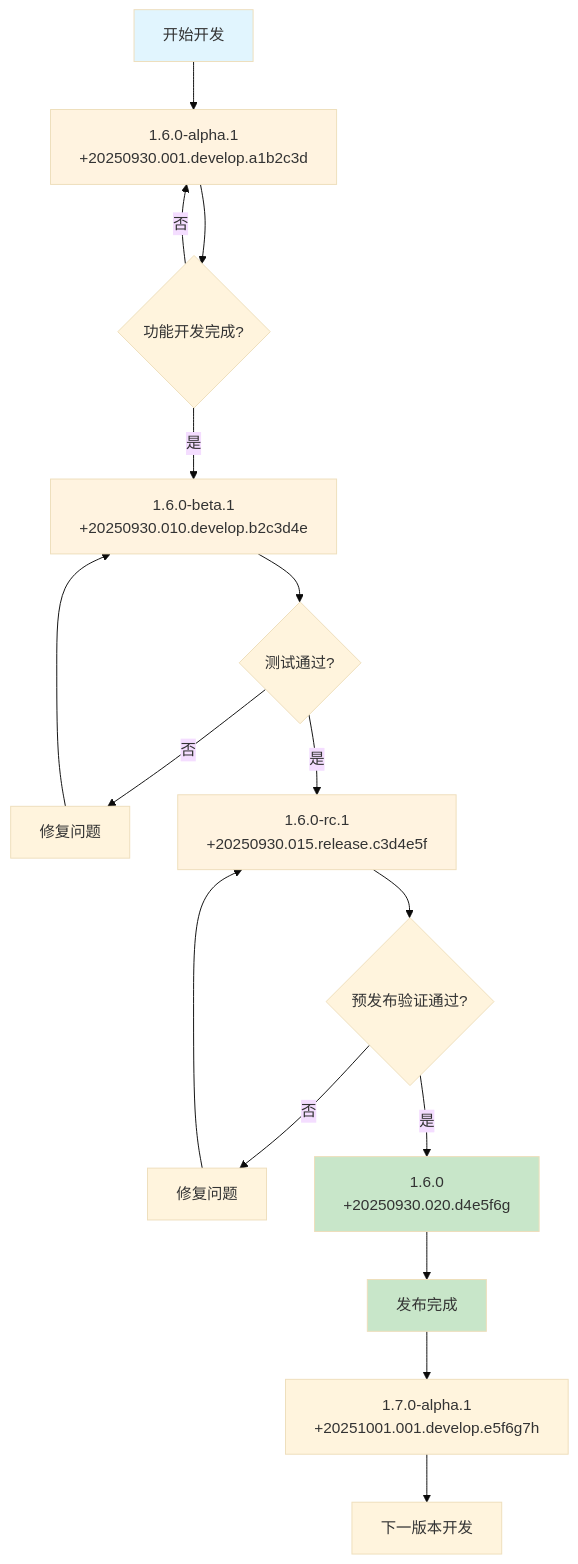
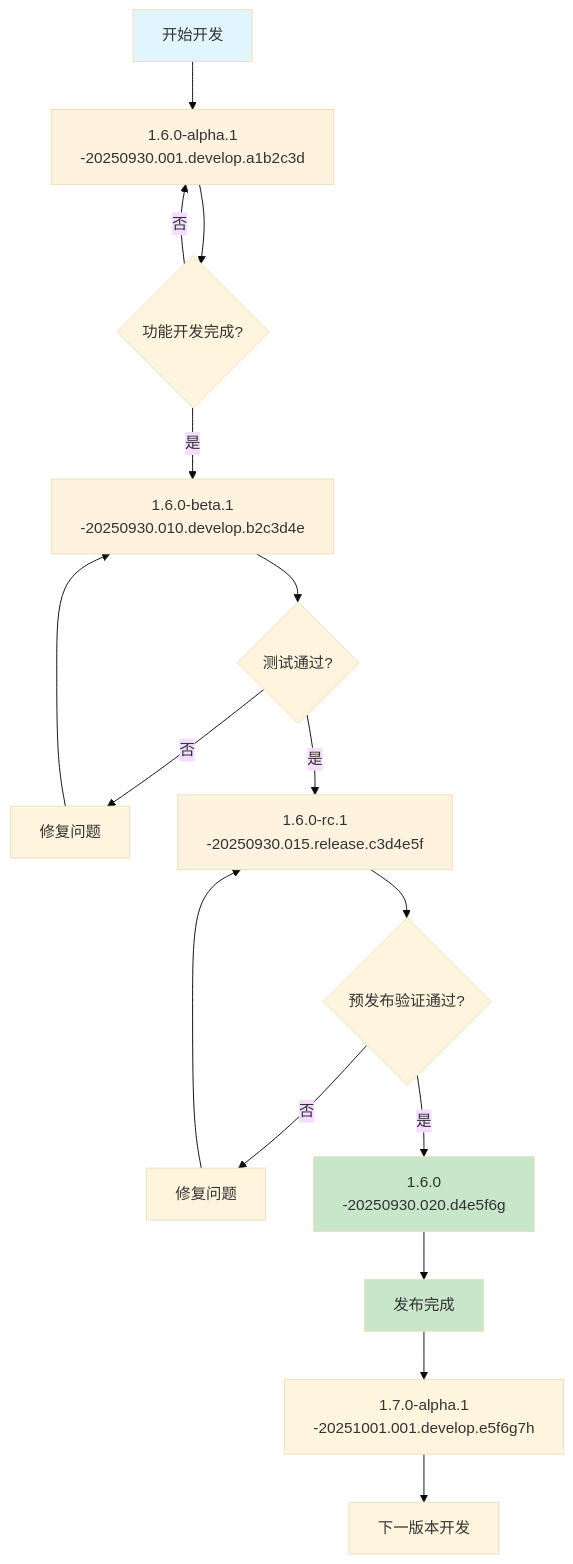
Before and after one commit to nesnilnehc/project-documentation-template: the diagram in docs/development-guide/release-standards/versioning-standards.md, drawn with Mermaid (base theme). The commit also changed other lines of this file, not shown here.

````diff
--- a/docs/development-guide/release-standards/versioning-standards.md
+++ b/docs/development-guide/release-standards/versioning-standards.md
@@ -116,28 +116,28 @@
 ```mermaid
 graph TD
-    A[开始开发] --> B["1.6.0-alpha.1<br/>+20250930.001.develop.a1b2c3d"]
+    A[开始开发] --> B["1.6.0-alpha.1<br/>-20250930.001.develop.a1b2c3d"]
     B --> C{功能开发完成?}
     C -->|否| B
-    C -->|是| D["1.6.0-beta.1<br/>+20250930.010.develop.b2c3d4e"]
+    C -->|是| D["1.6.0-beta.1<br/>-20250930.010.develop.b2c3d4e"]
     
     D --> E{测试通过?}
     E -->|否| F[修复问题]
     F --> D
-    E -->|是| G["1.6.0-rc.1<br/>+20250930.015.release.c3d4e5f"]
+    E -->|是| G["1.6.0-rc.1<br/>-20250930.015.release.c3d4e5f"]
     
     G --> H{预发布验证通过?}
     H -->|否| I[修复问题]
     I --> G
-    H -->|是| J["1.6.0<br/>+20250930.020.d4e5f6g"]
+    H -->|是| J["1.6.0<br/>-20250930.020.d4e5f6g"]
     
     J --> K[发布完成]
-    K --> L["1.7.0-alpha.1<br/>+20251001.001.develop.e5f6g7h"]
+    K --> L["1.7.0-alpha.1<br/>-20251001.001.develop.e5f6g7h"]
     L --> M[下一版本开发]
     
     style A fill:#e1f5fe
     style J fill:#c8e6c9
     style K fill:#c8e6c9
     style B fill:#fff3e0
     style D fill:#fff3e0
     style G fill:#fff3e0
 ```
````
